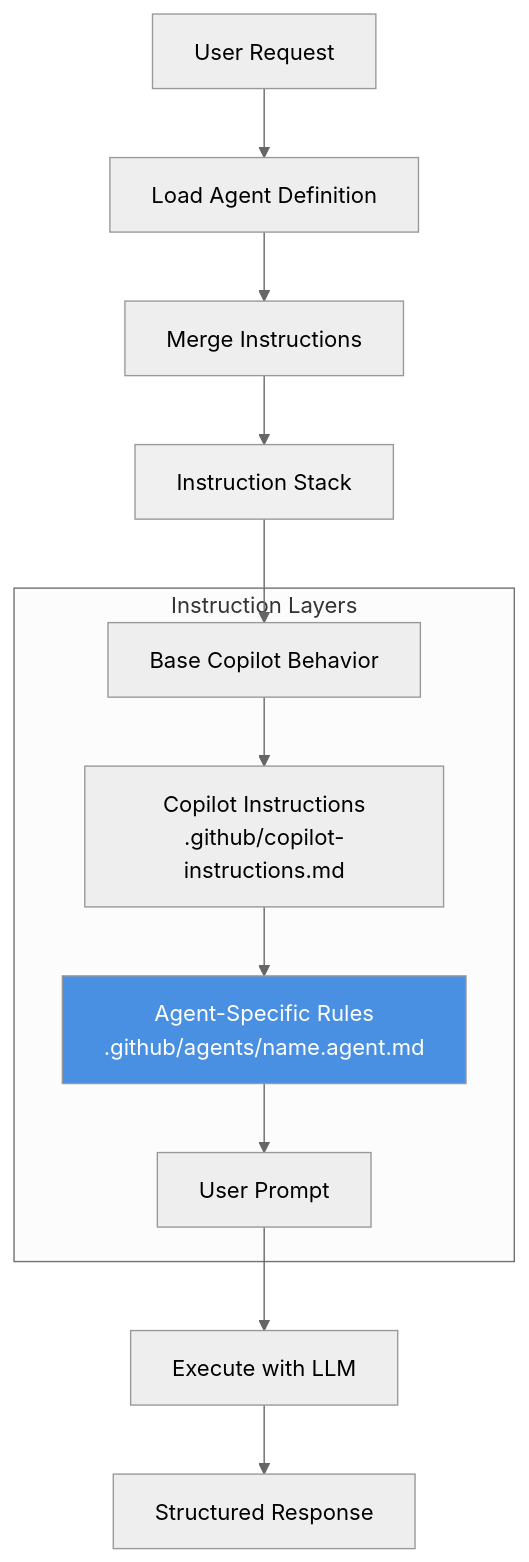
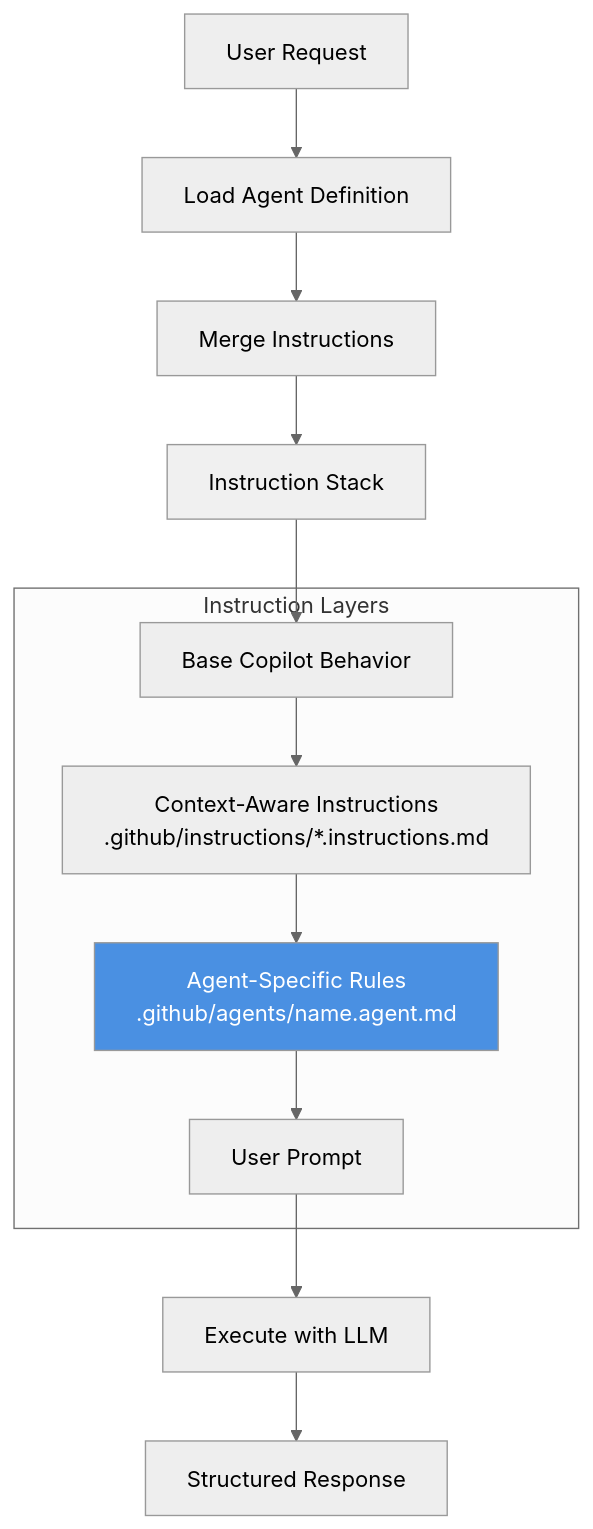
The fourth of 9 diagrams in docs/design/diagrams/agent-architecture.md (mcollier/ai-coding-workshop), drawn with Mermaid (neutral theme) before and after one commit. The commit also changed 14 other files, not shown here.

````diff
--- a/docs/design/diagrams/agent-architecture.md
+++ b/docs/design/diagrams/agent-architecture.md
@@ -88,24 +88,24 @@
 ```mermaid
 graph TB
     Start[User Request] --> Load[Load Agent Definition]
     Load --> Merge[Merge Instructions]
     
     subgraph "Instruction Layers"
         Base[Base Copilot Behavior]
-        Global[Copilot Instructions<br/>.github/copilot-instructions.md]
+        Global[Context-Aware Instructions<br/>.github/instructions/*.instructions.md]
         Agent[Agent-Specific Rules<br/>.github/agents/name.agent.md]
         Prompt[User Prompt]
     end
     
     Merge --> Stack[Instruction Stack]
     Stack --> Base
     Base --> Global
     Global --> Agent
     Agent --> Prompt
     
     Prompt --> Execute[Execute with LLM]
     Execute --> Response[Structured Response]
     
     style Agent fill:#4a90e2,color:#fff
     style Stack fill:#f0f0f0
 ```
````
